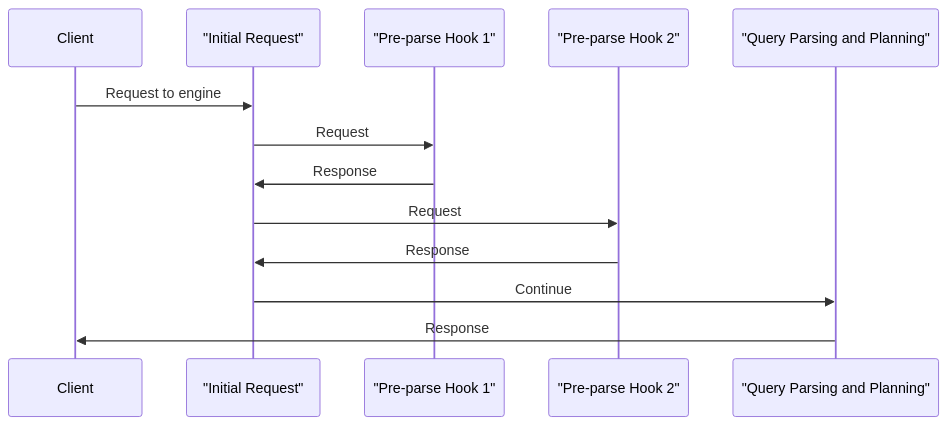
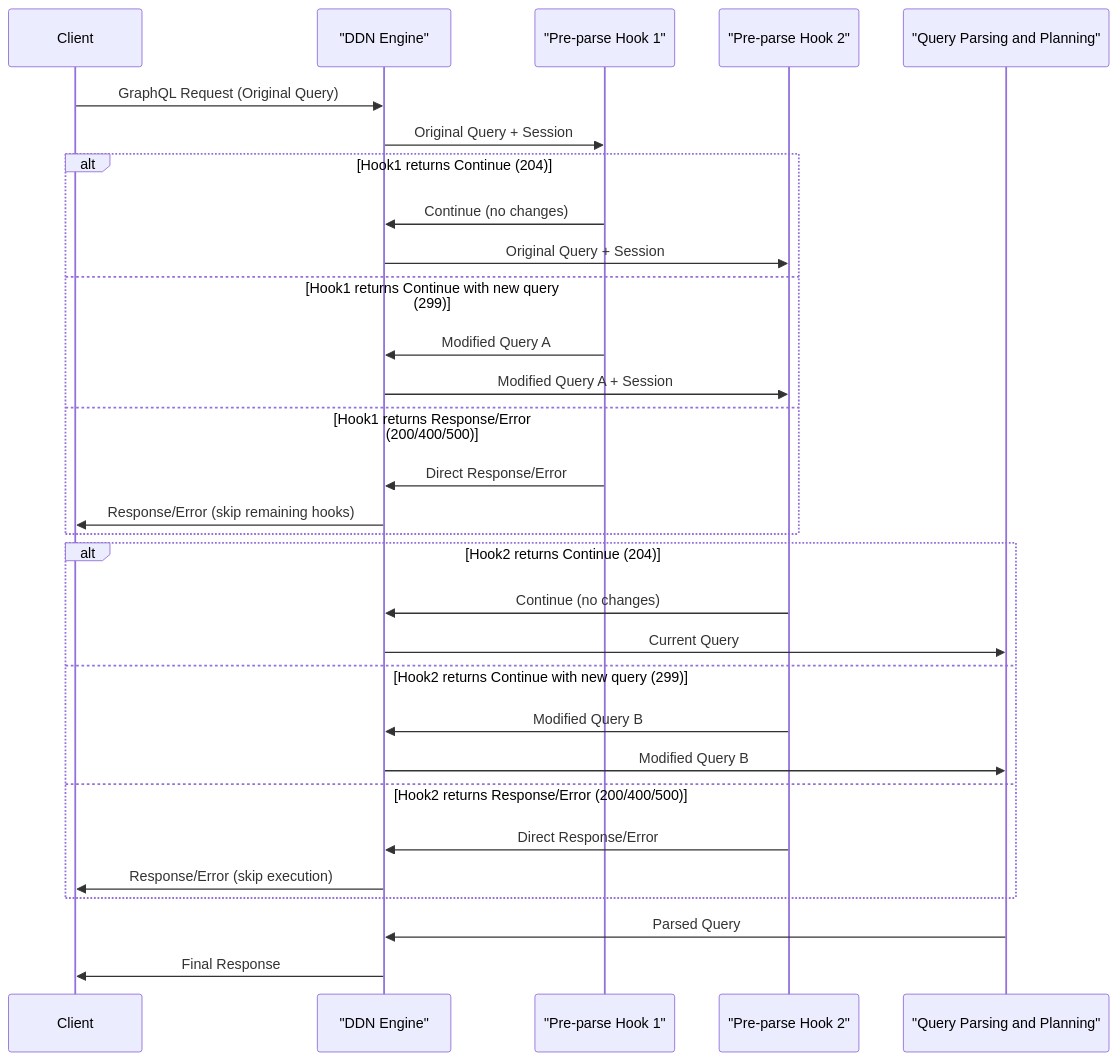
One commit to hasura/ddn-docs changed the third of 5 diagrams in docs/plugins/introduction.mdx. Above: the diagram before and after it, drawn with Mermaid. The commit also changed other lines of this file, not shown here.

Commit message:
update pre-parse plugin docs with new continue with new query response type (#1032)

````diff
--- a/docs/plugins/introduction.mdx
+++ b/docs/plugins/introduction.mdx
@@ -189,16 +195,36 @@
 ```mermaid
 sequenceDiagram
     participant Client
-    participant Initial as "Initial Request"
-    participant "Pre-parse Hook 1"
-    participant "Pre-parse Hook 2"
-    participant "Query Parsing and Planning"
+    participant Engine as "DDN Engine"
+    participant Hook1 as "Pre-parse Hook 1"
+    participant Hook2 as "Pre-parse Hook 2"
+    participant Parser as "Query Parsing and Planning"
 
-    Client ->> Initial: Request to engine
-    Initial ->> "Pre-parse Hook 1": Request
-    "Pre-parse Hook 1" ->> Initial: Response
-    Initial ->> "Pre-parse Hook 2": Request
-    "Pre-parse Hook 2" ->> Initial: Response
-    Initial ->> "Query Parsing and Planning": Continue
-    "Query Parsing and Planning" ->> Client: Response
+    Client ->> Engine: GraphQL Request (Original Query)
+    Engine ->> Hook1: Original Query + Session
+
+    alt Hook1 returns Continue (204)
+        Hook1 ->> Engine: Continue (no changes)
+        Engine ->> Hook2: Original Query + Session
+    else Hook1 returns Continue with new query (299)
+        Hook1 ->> Engine: Modified Query A
+        Engine ->> Hook2: Modified Query A + Session
+    else Hook1 returns Response/Error (200/400/500)
+        Hook1 ->> Engine: Direct Response/Error
+        Engine ->> Client: Response/Error (skip remaining hooks)
+    end
+
+    alt Hook2 returns Continue (204)
+        Hook2 ->> Engine: Continue (no changes)
+        Engine ->> Parser: Current Query
+    else Hook2 returns Continue with new query (299)
+        Hook2 ->> Engine: Modified Query B
+        Engine ->> Parser: Modified Query B
+    else Hook2 returns Response/Error (200/400/500)
+        Hook2 ->> Engine: Direct Response/Error
+        Engine ->> Client: Response/Error (skip execution)
+    end
+
+    Parser ->> Engine: Parsed Query
+    Engine ->> Client: Final Response
 ```
````
